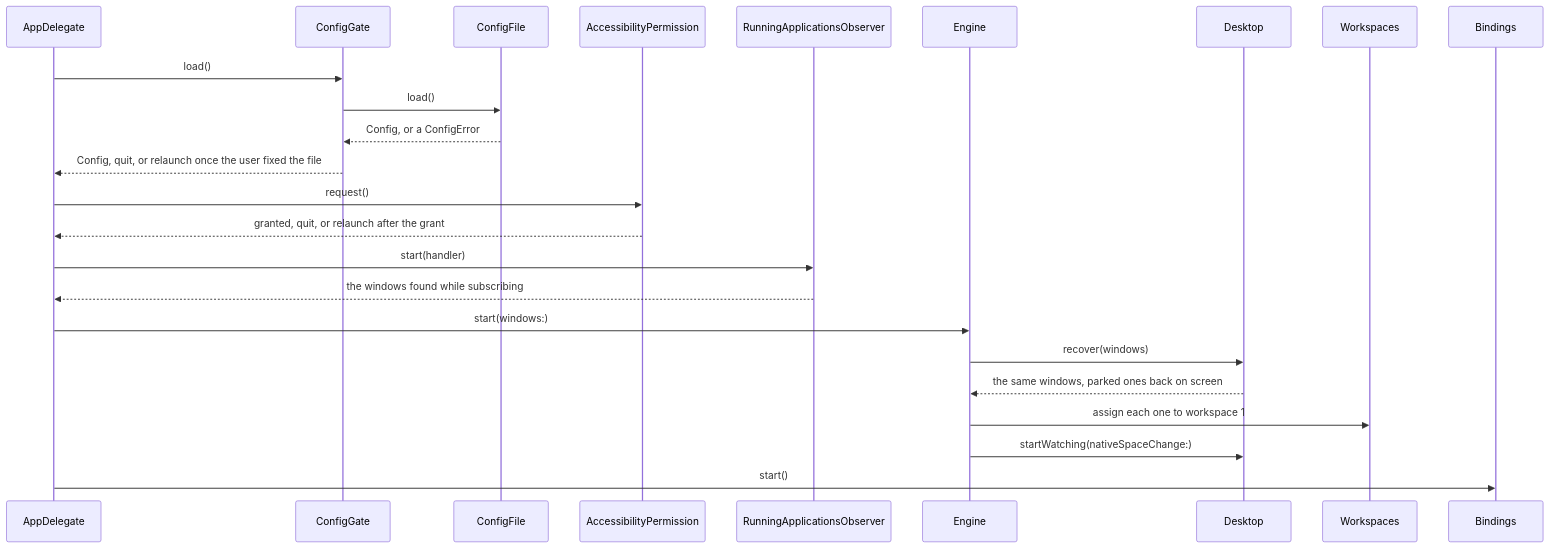
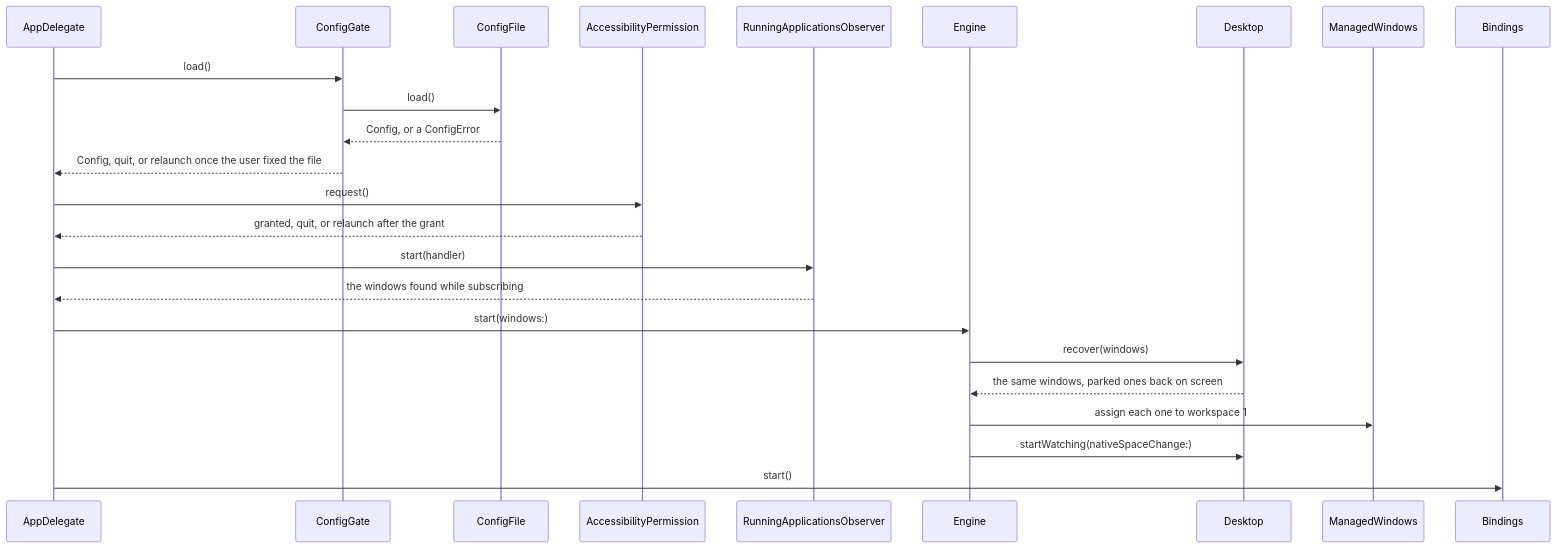
The seventh of 18 diagrams in ARCHITECTURE.md (brennovich/ottowm), drawn with Mermaid before and after one commit. The commit also changed other lines of this file and 23 other files, not shown here.

````diff
--- a/ARCHITECTURE.md
+++ b/ARCHITECTURE.md
@@ -185,17 +202,17 @@
 ```mermaid
 sequenceDiagram
     AppDelegate->>ConfigGate: load()
     ConfigGate->>ConfigFile: load()
     ConfigFile-->>ConfigGate: Config, or a ConfigError
     ConfigGate-->>AppDelegate: Config, quit, or relaunch once the user fixed the file
     AppDelegate->>AccessibilityPermission: request()
     AccessibilityPermission-->>AppDelegate: granted, quit, or relaunch after the grant
     AppDelegate->>RunningApplicationsObserver: start(handler)
     RunningApplicationsObserver-->>AppDelegate: the windows found while subscribing
     AppDelegate->>Engine: start(windows:)
     Engine->>Desktop: recover(windows)
     Desktop-->>Engine: the same windows, parked ones back on screen
-    Engine->>Workspaces: assign each one to workspace 1
+    Engine->>ManagedWindows: assign each one to workspace 1
     Engine->>Desktop: startWatching(nativeSpaceChange:)
     AppDelegate->>Bindings: start()
 ```
````
